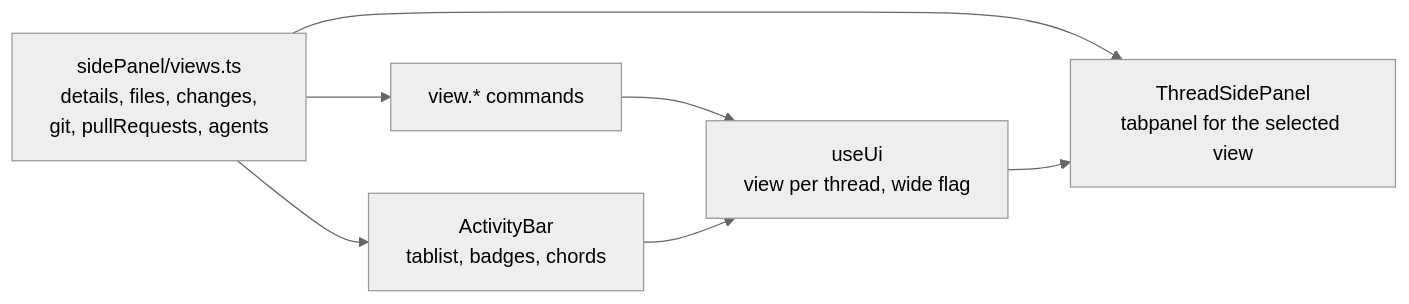
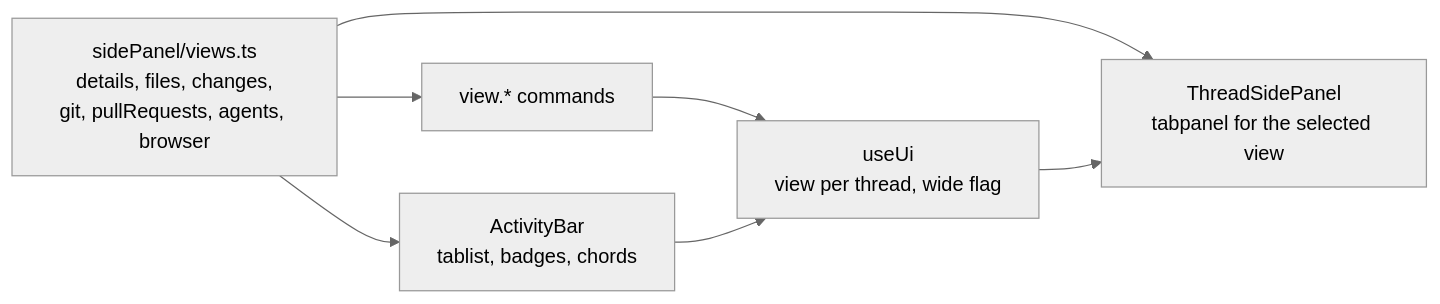
One commit to hinadev-ai/hinacode changed the seventh of 16 diagrams in docs/arch.md. Above: the diagram before and after it, drawn with Mermaid (neutral theme). The commit also changed other lines of this file and 3 other files, not shown here.

````diff
--- a/docs/arch.md
+++ b/docs/arch.md
@@ -214,9 +214,9 @@
 ```mermaid
 flowchart LR
-  registry["sidePanel/views.ts<br/>details, files, changes,<br/>git, pullRequests, agents"]
+  registry["sidePanel/views.ts<br/>details, files, changes,<br/>git, pullRequests, agents, browser"]
   registry --> bar["ActivityBar<br/>tablist, badges, chords"]
   registry --> content["ThreadSidePanel<br/>tabpanel for the selected view"]
   registry --> commands["view.* commands"]
   commands & bar --> ui["useUi<br/>view per thread, wide flag"]
   ui --> content
 ```
````
